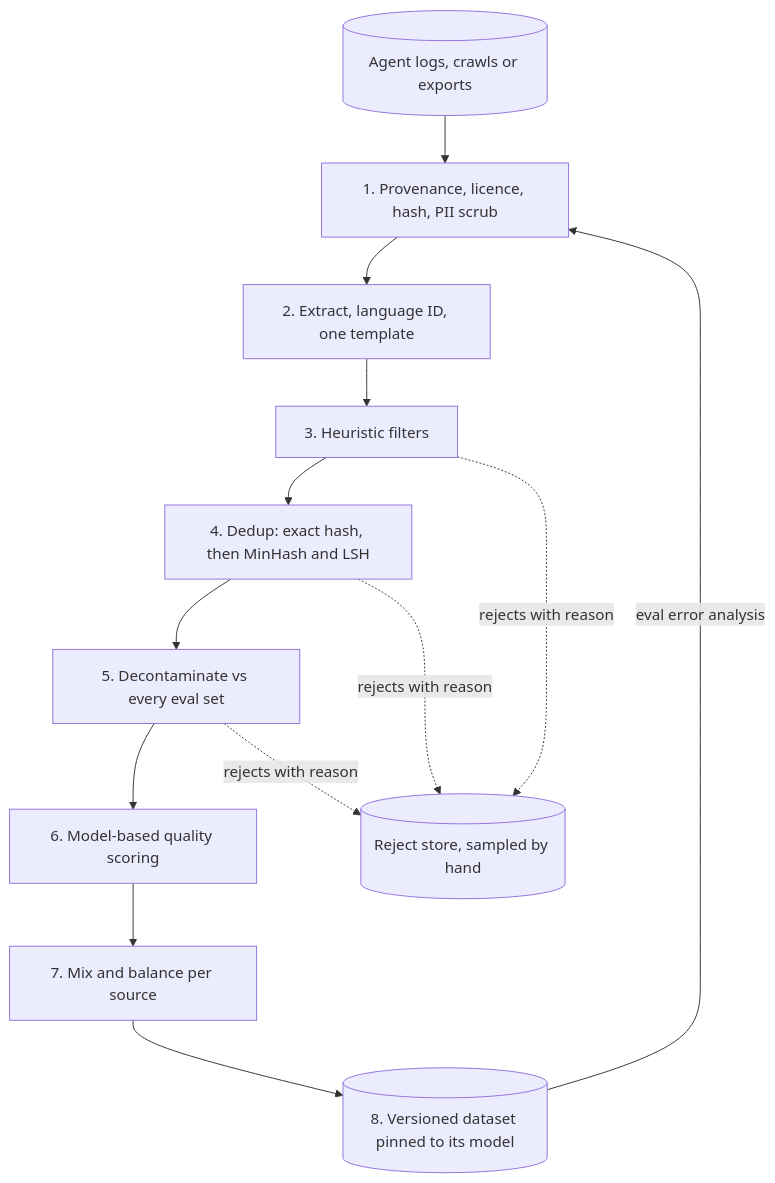
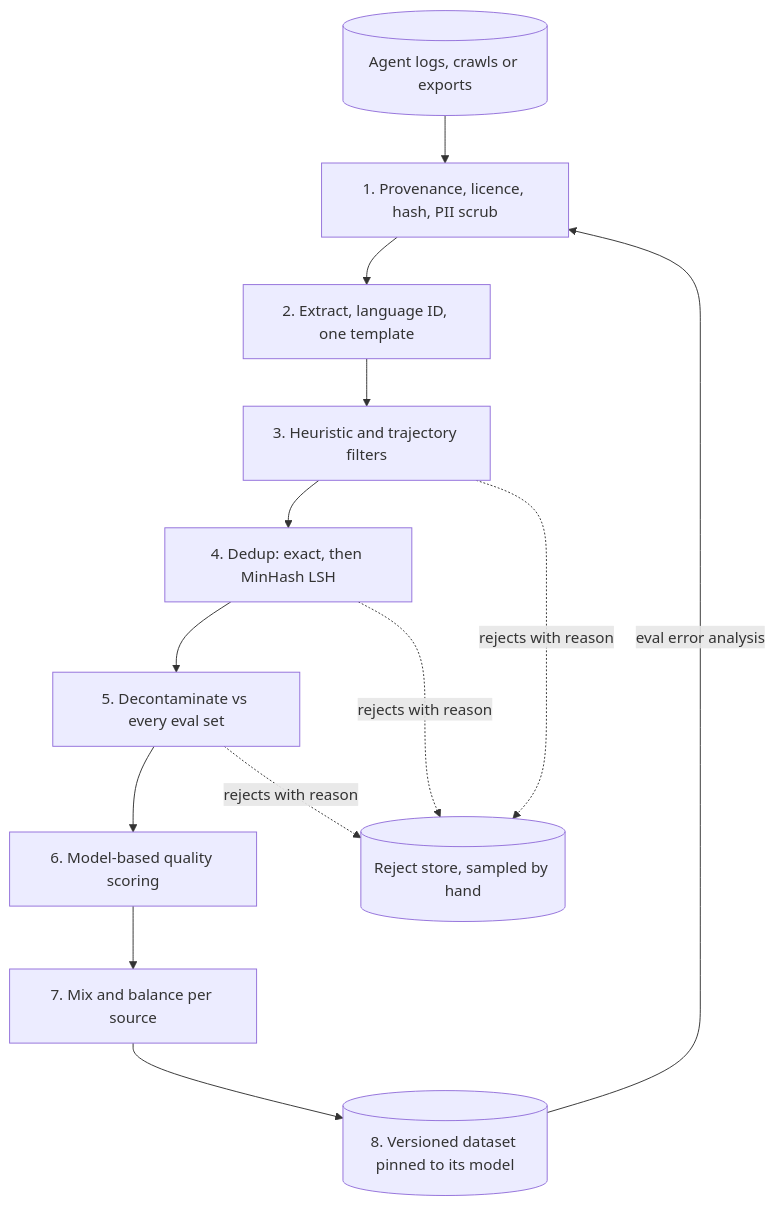
One commit to lovishmahajan97/agentic-learning changed the diagram in content/training-adaptation/data-curation.md. Above: the diagram before and after it, drawn with Mermaid. The commit also changed other lines of this file and 454 other files, not shown here.

````diff
--- a/content/training-adaptation/data-curation.md
+++ b/content/training-adaptation/data-curation.md
@@ -188,15 +188,15 @@
 ```mermaid
 flowchart TD
     R[("Agent logs, crawls or exports")] --> P["1. Provenance, licence, hash, PII scrub"]
     P --> X["2. Extract, language ID, one template"]
-    X --> H["3. Heuristic filters"]
-    H --> D["4. Dedup: exact hash, then MinHash and LSH"]
+    X --> H["3. Heuristic and trajectory filters"]
+    H --> D["4. Dedup: exact, then MinHash LSH"]
     D --> C["5. Decontaminate vs every eval set"]
     C --> M["6. Model-based quality scoring"]
     M --> MX["7. Mix and balance per source"]
     MX --> V[("8. Versioned dataset pinned to its model")]
     H -.->|"rejects with reason"| J[("Reject store, sampled by hand")]
     D -.->|"rejects with reason"| J
     C -.->|"rejects with reason"| J
     V -->|"eval error analysis"| P
 ```
````
